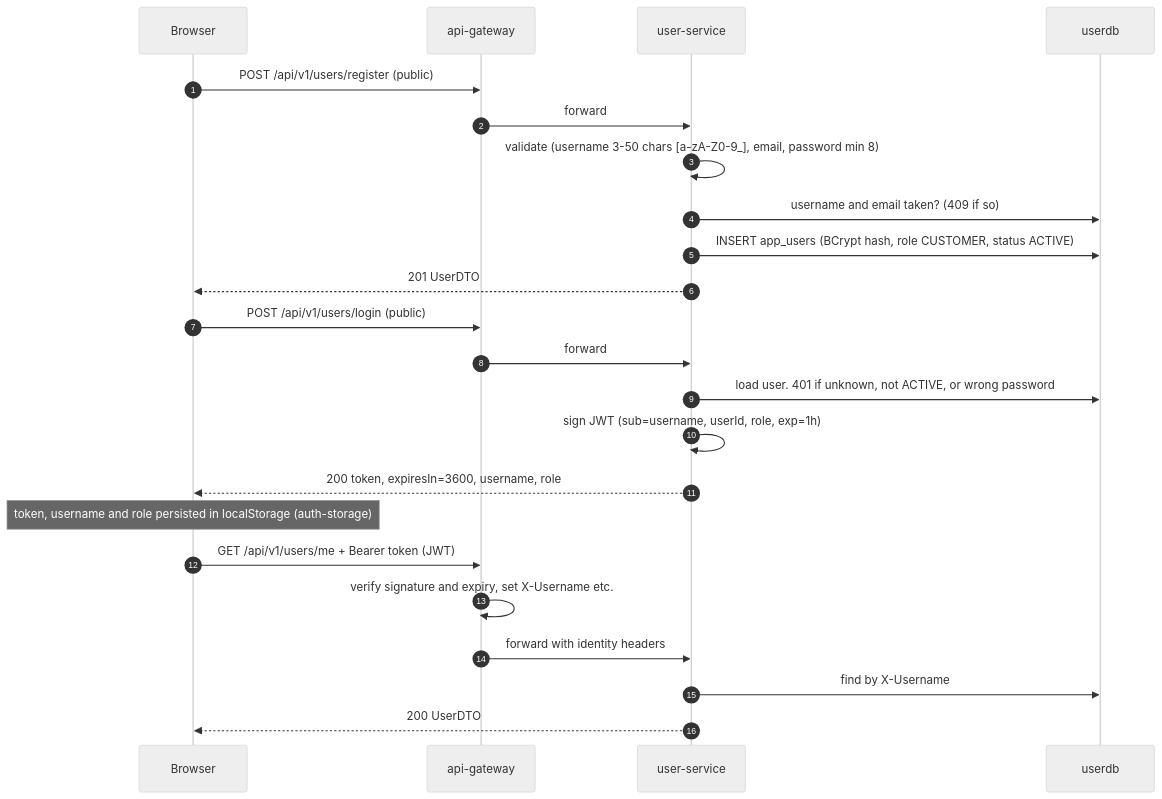
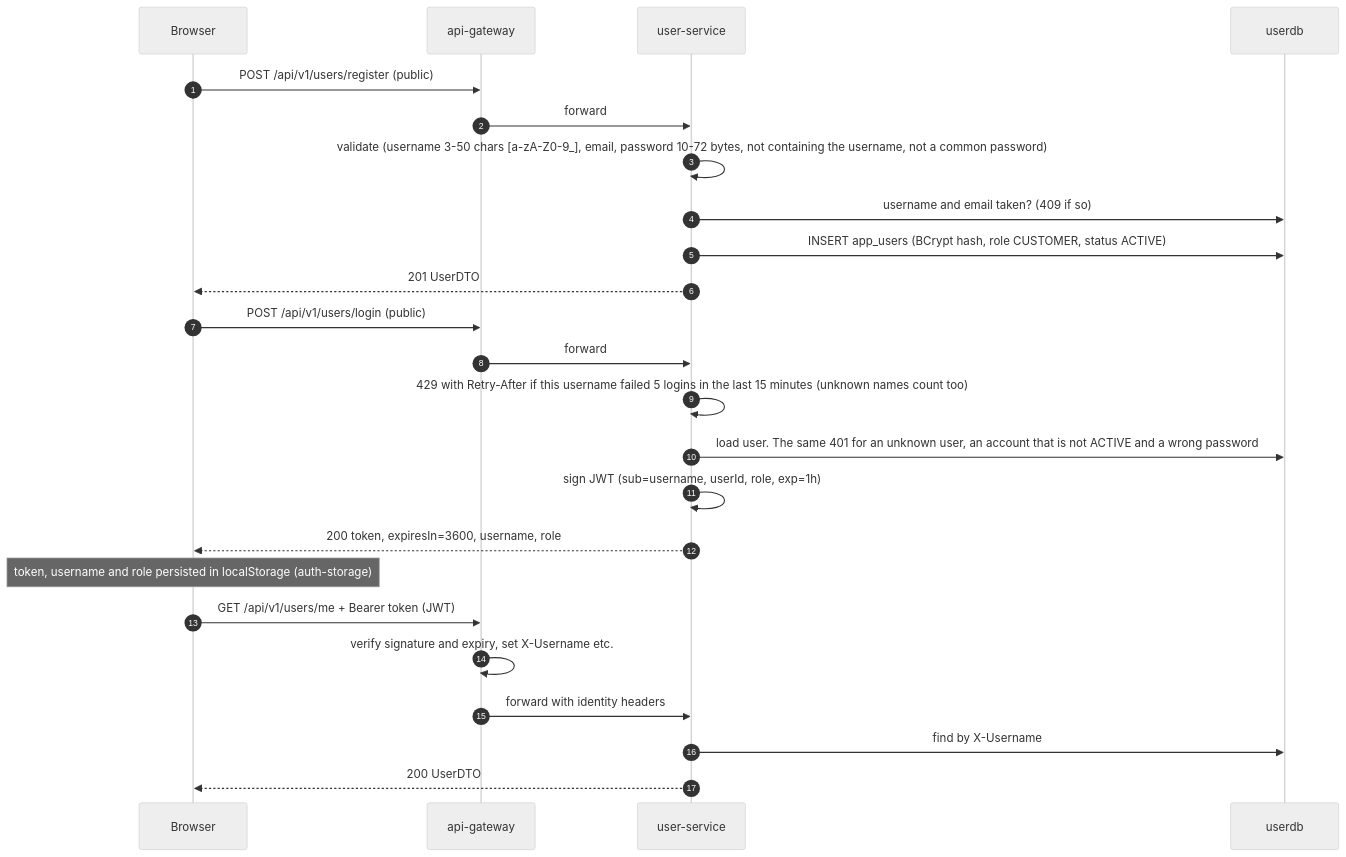
One commit to bmcnpnr/ecommerce-platform changed the first of 11 diagrams in docs/flows.md. Above: the diagram before and after it, drawn with Mermaid (neutral theme). The commit also changed other lines of this file and 58 other files, not shown here.

````diff
--- a/docs/flows.md
+++ b/docs/flows.md
@@ -16,25 +16,26 @@
 ```mermaid
 sequenceDiagram
     autonumber
     participant B as Browser
     participant G as api-gateway
     participant U as user-service
     participant DB as userdb
     B->>G: POST /api/v1/users/register (public)
     G->>U: forward
-    U->>U: validate (username 3-50 chars [a-zA-Z0-9_], email, password min 8)
+    U->>U: validate (username 3-50 chars [a-zA-Z0-9_], email, password 10-72 bytes, not containing the username, not a common password)
     U->>DB: username and email taken? (409 if so)
     U->>DB: INSERT app_users (BCrypt hash, role CUSTOMER, status ACTIVE)
     U-->>B: 201 UserDTO
     B->>G: POST /api/v1/users/login (public)
     G->>U: forward
-    U->>DB: load user. 401 if unknown, not ACTIVE, or wrong password
+    U->>U: 429 with Retry-After if this username failed 5 logins in the last 15 minutes (unknown names count too)
+    U->>DB: load user. The same 401 for an unknown user, an account that is not ACTIVE and a wrong password
     U->>U: sign JWT (sub=username, userId, role, exp=1h)
     U-->>B: 200 token, expiresIn=3600, username, role
     Note over B: token, username and role persisted in localStorage (auth-storage)
     B->>G: GET /api/v1/users/me + Bearer token (JWT)
     G->>G: verify signature and expiry, set X-Username etc.
     G->>U: forward with identity headers
     U->>DB: find by X-Username
     U-->>B: 200 UserDTO
 ```
````
